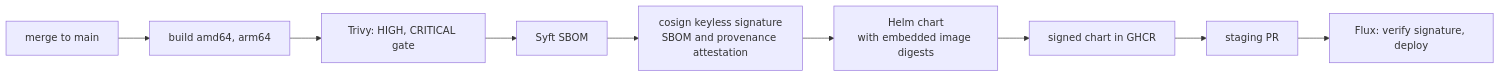
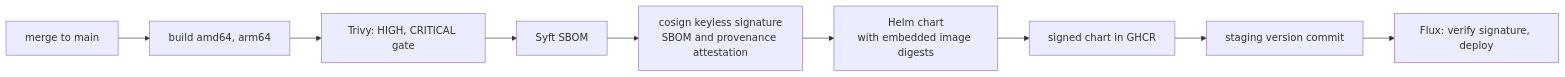
The second of 2 diagrams in docs/project-plan.md (ISlothI/open-notebook), drawn with Mermaid before and after one commit. The commit also changed other lines of this file and 2 other files, not shown here.

````diff
--- a/docs/project-plan.md
+++ b/docs/project-plan.md
@@ -249,11 +245,11 @@
 ```mermaid
 flowchart LR
   M[merge to main] --> B[build amd64, arm64]
   B --> S[Trivy: HIGH, CRITICAL gate]
   S --> I[Syft SBOM]
   I --> C[cosign keyless signature<br/>SBOM and provenance attestation]
   C --> H[Helm chart<br/>with embedded image digests]
   H --> HS[signed chart in GHCR]
-  HS --> PR[staging PR]
-  PR --> F[Flux: verify signature, deploy]
+  HS --> ST[staging version commit]
+  ST --> F[Flux: verify signature, deploy]
 ```
````
